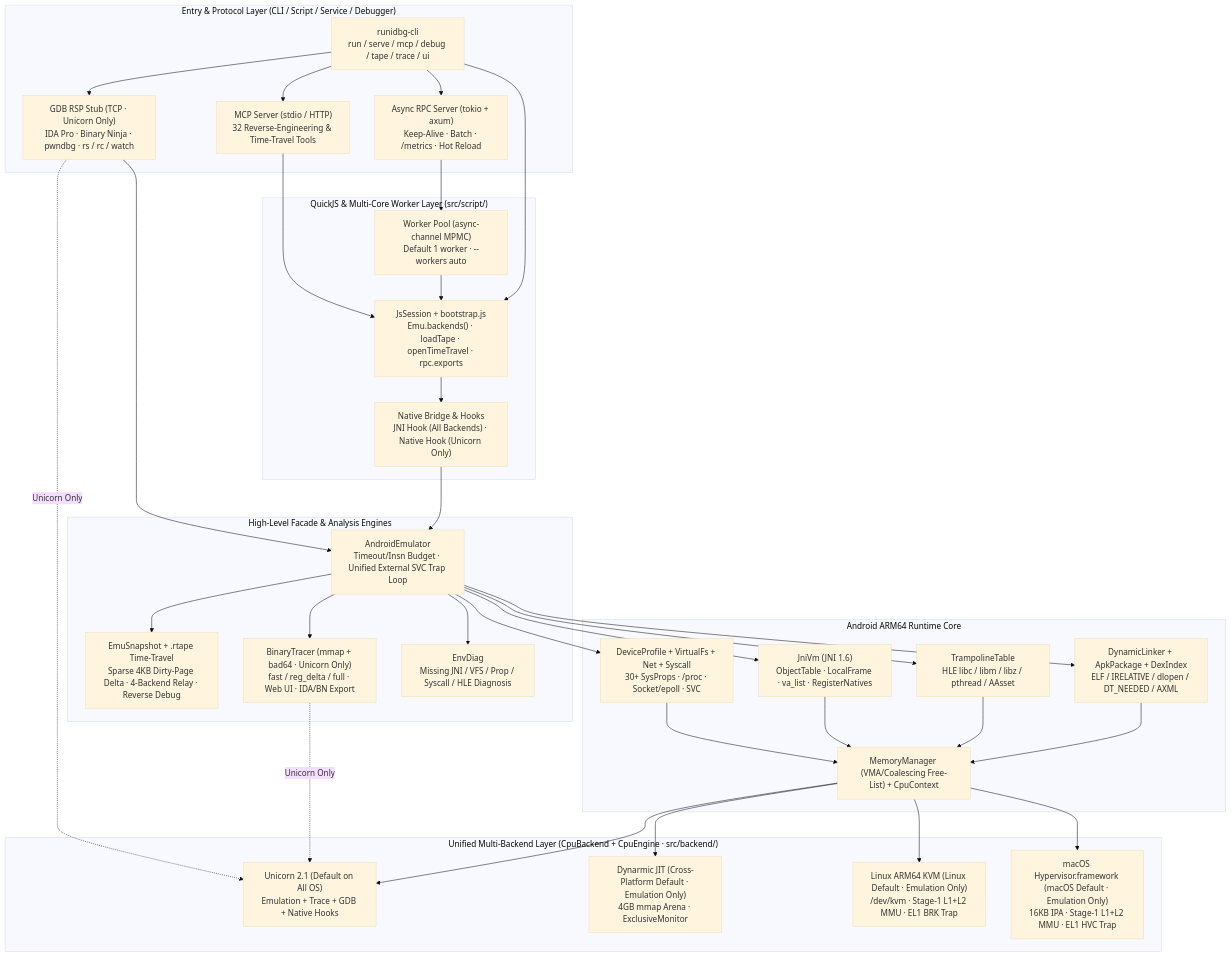
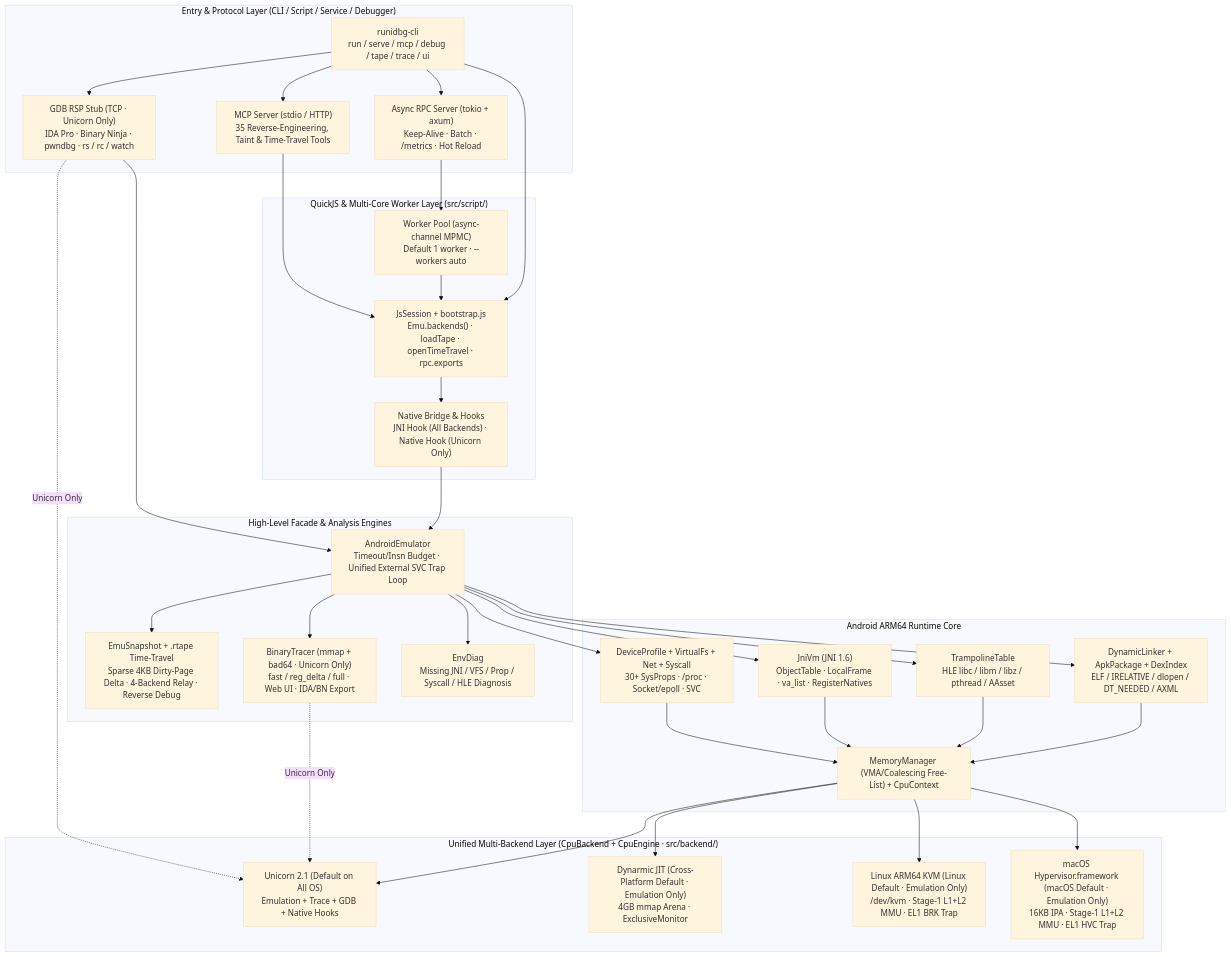
The fourth of 4 diagrams in README_EN.md (Elliot0215/runidbg), drawn with Mermaid (base theme) before and after one commit. The commit also changed other lines of this file and 23 other files, not shown here.

````diff
--- a/README_EN.md
+++ b/README_EN.md
@@ -156,67 +156,67 @@
 ```mermaid
 flowchart TB
     subgraph Entry["Entry & Protocol Layer (CLI / Script / Service / Debugger)"]
         CLI["runidbg-cli\nrun / serve / mcp / debug / tape / trace / ui"]
         RPC["Async RPC Server (tokio + axum)\nKeep-Alive · Batch · /metrics · Hot Reload"]
-        MCP["MCP Server (stdio / HTTP)\n32 Reverse-Engineering & Time-Travel Tools"]
+        MCP["MCP Server (stdio / HTTP)\n35 Reverse-Engineering, Taint & Time-Travel Tools"]
         GDB["GDB RSP Stub (TCP · Unicorn Only)\nIDA Pro · Binary Ninja · pwndbg · rs / rc / watch"]
     end
 
     subgraph ScriptLayer["QuickJS & Multi-Core Worker Layer (src/script/)"]
         Pool["Worker Pool (async-channel MPMC)\nDefault 1 worker · --workers auto"]
         Session["JsSession + bootstrap.js\nEmu.backends() · loadTape · openTimeTravel · rpc.exports"]
         Bridge["Native Bridge & Hooks\nJNI Hook (All Backends) · Native Hook (Unicorn Only)"]
     end
 
     subgraph Facade["High-Level Facade & Analysis Engines"]
         Emu["AndroidEmulator\nTimeout/Insn Budget · Unified External SVC Trap Loop"]
         Snap["EmuSnapshot + .rtape Time-Travel\nSparse 4KB Dirty-Page Delta · 4-Backend Relay · Reverse Debug"]
         Tracer["BinaryTracer (mmap + bad64 · Unicorn Only)\nfast / reg_delta / full · Web UI · IDA/BN Export"]
         Diag["EnvDiag\nMissing JNI / VFS / Prop / Syscall / HLE Diagnosis"]
     end
 
     subgraph Runtime["Android ARM64 Runtime Core"]
         Loader["DynamicLinker + ApkPackage + DexIndex\nELF / IRELATIVE / dlopen / DT_NEEDED / AXML"]
         HLE["TrampolineTable\nHLE libc / libm / libz / pthread / AAsset"]
         JNI["JniVm (JNI 1.6)\nObjectTable · LocalFrame · va_list · RegisterNatives"]
         OS["DeviceProfile + VirtualFs + Net + Syscall\n30+ SysProps · /proc · Socket/epoll · SVC"]
         Mem["MemoryManager (VMA/Coalescing Free-List) + CpuContext"]
     end
 
     subgraph Backends["Unified Multi-Backend Layer (CpuBackend + CpuEngine · src/backend/)"]
         UC["Unicorn 2.1 (Default on All OS)\nEmulation + Trace + GDB + Native Hooks"]
         DYN["Dynarmic JIT (Cross-Platform Default · Emulation Only)\n4GB mmap Arena · ExclusiveMonitor"]
         KVM["Linux ARM64 KVM (Linux Default · Emulation Only)\n/dev/kvm · Stage-1 L1+L2 MMU · EL1 BRK Trap"]
         HVF["macOS Hypervisor.framework (macOS Default · Emulation Only)\n16KB IPA · Stage-1 L1+L2 MMU · EL1 HVC Trap"]
     end
 
     CLI --> RPC
     CLI --> MCP
     CLI --> GDB
     CLI --> Session
 
     RPC --> Pool --> Session
     MCP --> Session
     Session --> Bridge --> Emu
     GDB --> Emu
 
     Emu --> Snap
     Emu --> Tracer
     Emu --> Diag
     Emu --> Loader
     Emu --> HLE
     Emu --> JNI
     Emu --> OS
 
     Loader --> Mem
     HLE --> Mem
     JNI --> Mem
     OS --> Mem
 
     Mem --> UC
     Mem --> DYN
     Mem --> KVM
     Mem --> HVF
     Tracer -. Unicorn Only .-> UC
     GDB -. Unicorn Only .-> UC
 ```
````
